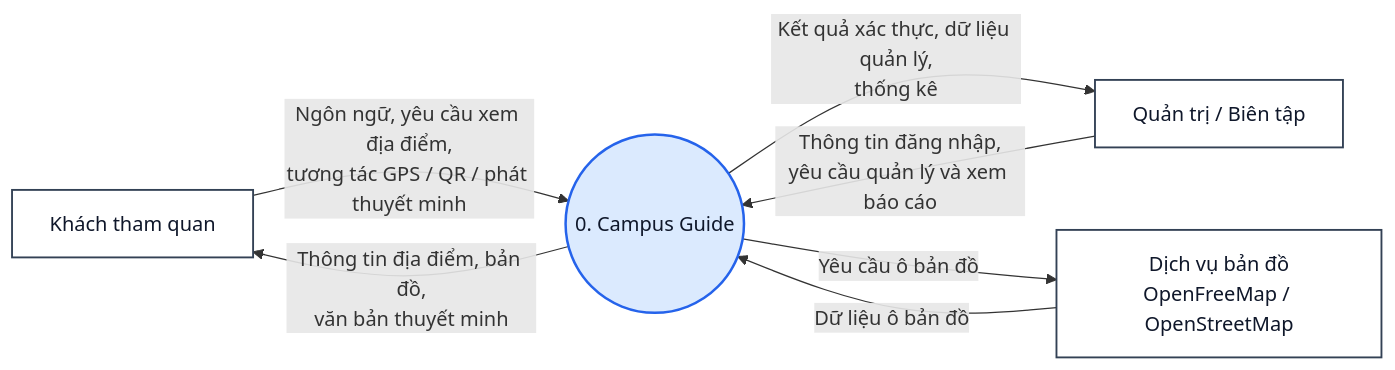
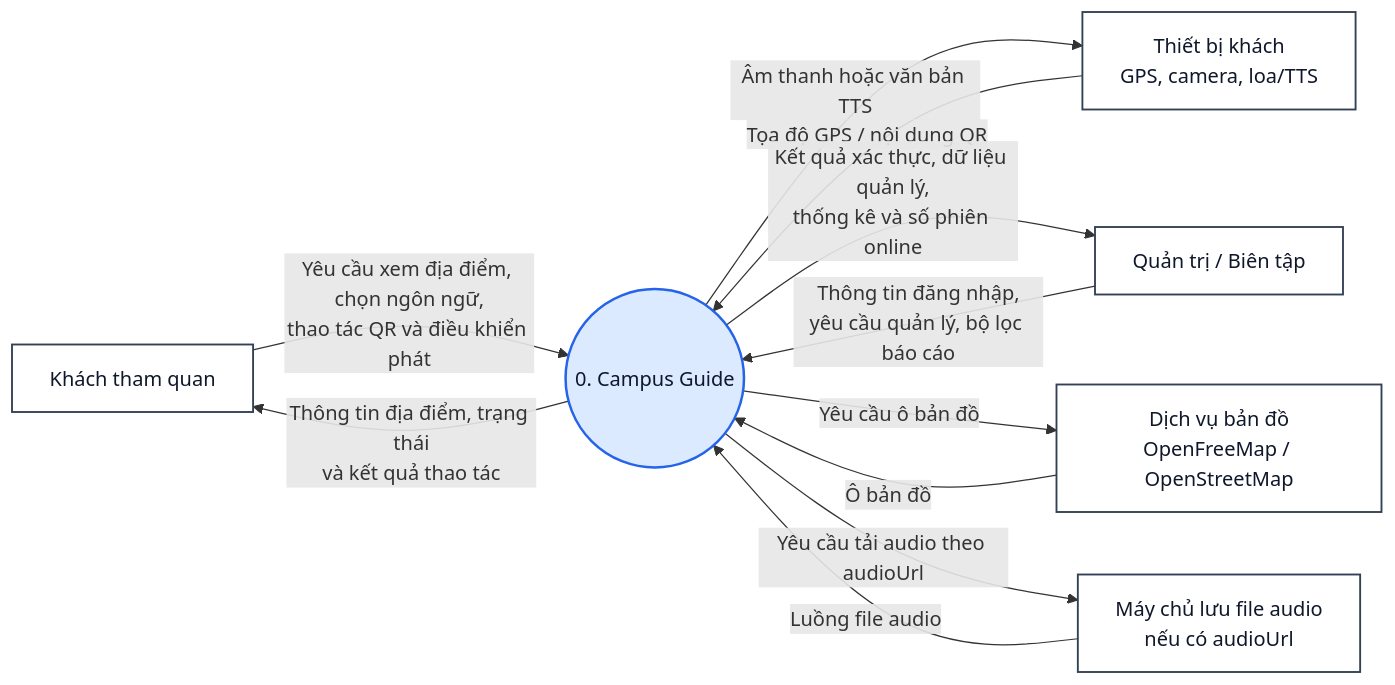
The first of 4 diagrams in campus-guide-repos/docs/DFD.md (bjruly/SE_2026), drawn with Mermaid before and after one commit. The commit also changed other lines of this file, not shown here.

````diff
--- a/campus-guide-repos/docs/DFD.md
+++ b/campus-guide-repos/docs/DFD.md
@@ -11,19 +19,25 @@
 ```mermaid
 flowchart LR
     Visitor[Khách tham quan]
     Admin[Quản trị / Biên tập]
+    Device[Thiết bị khách<br/>GPS, camera, loa/TTS]
     MapProvider[Dịch vụ bản đồ<br/>OpenFreeMap / OpenStreetMap]
+    AudioHost[Máy chủ lưu file audio<br/>nếu có audioUrl]
     System(("0. Campus Guide"))
 
-    Visitor -->|Ngôn ngữ, yêu cầu xem địa điểm,<br/>tương tác GPS / QR / phát thuyết minh| System
-    System -->|Thông tin địa điểm, bản đồ,<br/>văn bản thuyết minh| Visitor
-    Admin -->|Thông tin đăng nhập,<br/>yêu cầu quản lý và xem báo cáo| System
-    System -->|Kết quả xác thực, dữ liệu quản lý,<br/>thống kê| Admin
+    Visitor -->|Yêu cầu xem địa điểm, chọn ngôn ngữ,<br/>thao tác QR và điều khiển phát| System
+    System -->|Thông tin địa điểm, trạng thái<br/>và kết quả thao tác| Visitor
+    Device -->|Tọa độ GPS / nội dung QR| System
+    System -->|Âm thanh hoặc văn bản TTS| Device
+    Admin -->|Thông tin đăng nhập,<br/>yêu cầu quản lý, bộ lọc báo cáo| System
+    System -->|Kết quả xác thực, dữ liệu quản lý,<br/>thống kê và số phiên online| Admin
     System -->|Yêu cầu ô bản đồ| MapProvider
-    MapProvider -->|Dữ liệu ô bản đồ| System
+    MapProvider -->|Ô bản đồ| System
+    System -->|Yêu cầu tải audio theo audioUrl| AudioHost
+    AudioHost -->|Luồng file audio| System
 
     classDef external fill:#fff,stroke:#334155,stroke-width:1.5px,color:#0f172a
     classDef system fill:#dbeafe,stroke:#2563eb,stroke-width:2px,color:#0f172a
-    class Visitor,Admin,MapProvider external
+    class Visitor,Admin,Device,MapProvider,AudioHost external
     class System system
 ```
````
